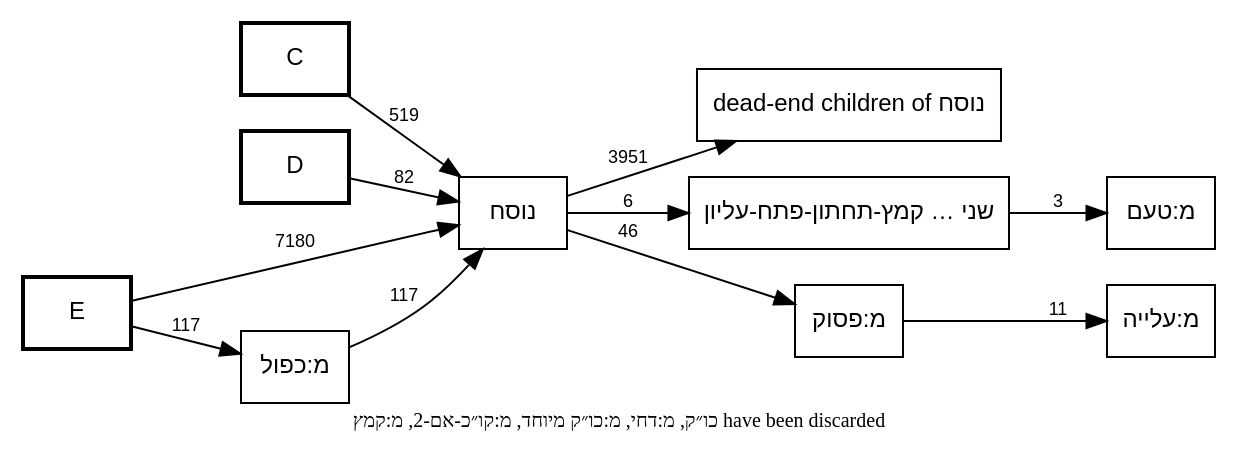
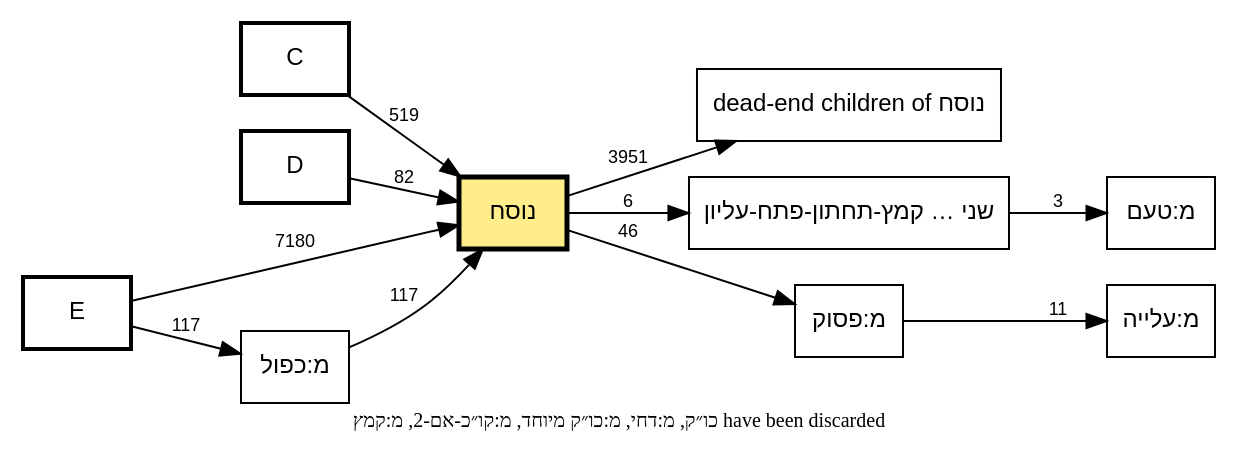
The diagram in out/MAM-tmpl-survey/plain-nusach-call-graph.dot (bdenckla/MAM-basics), drawn with Graphviz before and after one commit. The commit also changed 11 other files, not shown here.

First line of the commit message:
Highlight focus node in focused template call graphs

```diff
--- a/out/MAM-tmpl-survey/plain-nusach-call-graph.dot
+++ b/out/MAM-tmpl-survey/plain-nusach-call-graph.dot
@@ -1,65 +1,66 @@
 // This file was generated by MAM-basics/py/main_tmpl_survey.py.
 // Do not edit by hand.
 digraph template_call_graph {
     rankdir=LR;
     node [fontname="SBL Hebrew,Helvetica", fontsize=12];
     edge [fontname="Helvetica", fontsize=9];
     graph [comment="This file was generated by MAM-basics/py/main_tmpl_survey.py."];
 
     // Column nodes
     node [shape=box, style=bold];
     "C";
     "D";
     "E";
 
     // Template nodes
     node [shape=box, style=""];
     "dead-end children of נוסח" [tooltip="גלגל-2
 כתיב ולא קרי
 מ:אות מנוקדת
 מ:אות-ג
 מ:אות-ק
 מ:אין פרשה בתחילת פרק
 מ:אין פרשה בתחילת פרק בספרי אמ״ת
 מ:גרש ותלישא גדולה
 מ:גרשיים ותלישא גדולה
 מ:טעם ומתג באות אחת
 מ:ירושלם
 מ:כל קמץ קטן מרכא
 מ:לגרמיה-2
 מ:מקף אפור
 מ:נו״ן הפוכה
 מ:סיום בטוב
 מ:פסק
 מ:צינור
 מ:קישור בהערה
 מ:קישור פנימי בהערה
 מודגש
 סס
 ססס
 פפ
 פפפ
 קו״כ
 קרי ולא כתיב
 ר0
 ר1
 ר3
 ר4
 ש"];
+    "נוסח" [fillcolor="lightgoldenrod1", style="filled", penwidth=2.5];
     "שני טעמים באות אחת קמץ-תחתון-פתח-עליון" [label="שני … קמץ-תחתון-פתח-עליון", tooltip="שני טעמים באות אחת קמץ-תחתון-פתח-עליון"];
 
     // Note
     graph [label="כו״ק, מ:דחי, מ:כו״ק מיוחד, מ:קו״כ-אם-2, מ:קמץ have been discarded", labelloc=b, fontsize=10];
 
     // Edges
     "C" -> "נוסח" [label="519"];
     "D" -> "נוסח" [label="82"];
     "E" -> "מ:כפול" [label="117"];
     "E" -> "נוסח" [label="7180"];
     "מ:כפול" -> "נוסח" [label="117"];
     "מ:פסוק" -> "מ:עלייה" [label="11"];
     "נוסח" -> "dead-end children of נוסח" [label="3951"];
     "נוסח" -> "מ:פסוק" [label="46"];
     "נוסח" -> "שני טעמים באות אחת קמץ-תחתון-פתח-עליון" [label="6"];
     "שני טעמים באות אחת קמץ-תחתון-פתח-עליון" -> "מ:טעם" [label="3"];
 }
```
